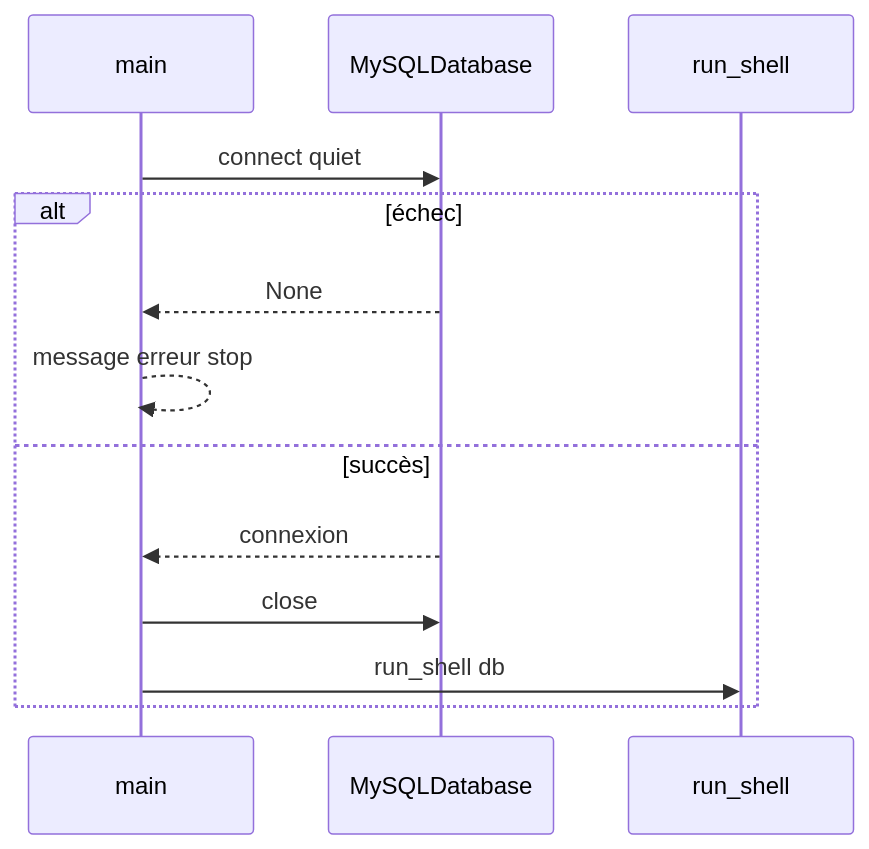
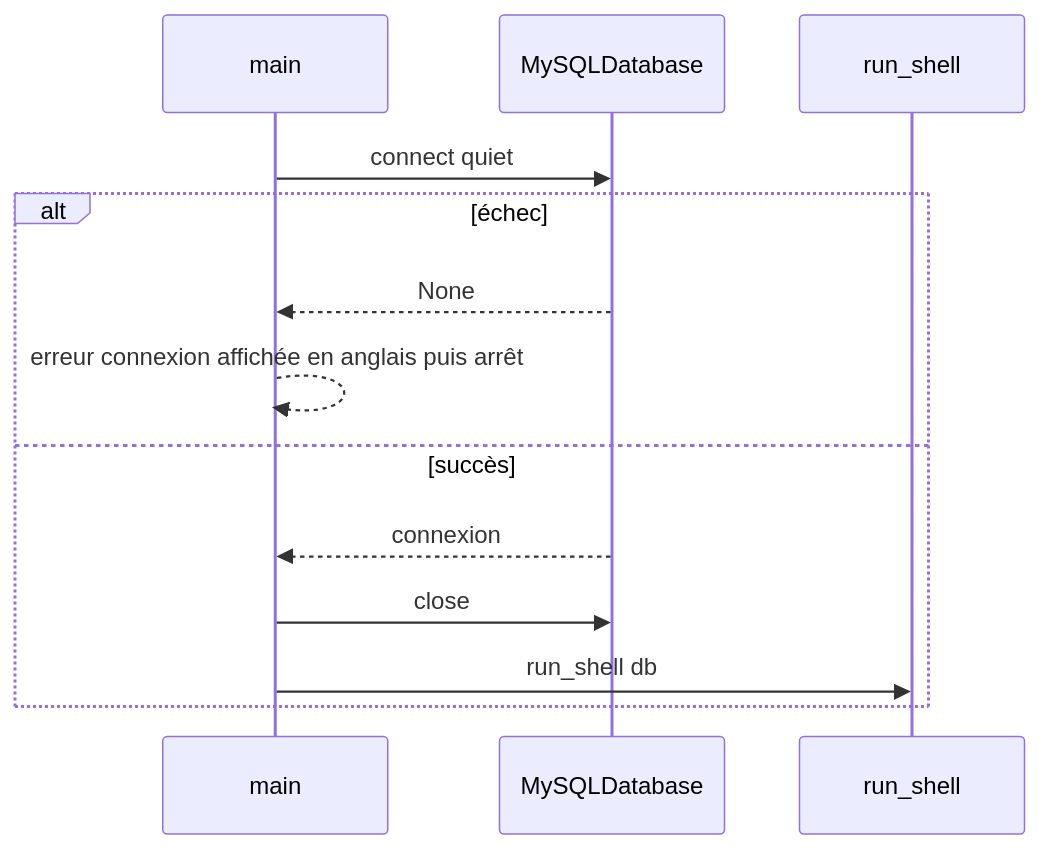
The second of 2 diagrams in docs/application/cli.md (Primica/exampy), drawn with Mermaid before and after one commit. The commit also changed other lines of this file and 8 other files, not shown here.

````diff
--- a/docs/application/cli.md
+++ b/docs/application/cli.md
@@ -29,15 +29,15 @@
 ```mermaid
 sequenceDiagram
   participant CLI as main
   participant DB as MySQLDatabase
   participant SH as run_shell
   CLI->>DB: connect quiet
   alt échec
     DB-->>CLI: None
-    CLI-->>CLI: message erreur stop
+    CLI-->>CLI: erreur connexion affichée en anglais puis arrêt
   else succès
     DB-->>CLI: connexion
     CLI->>DB: close
     CLI->>SH: run_shell db
   end
 ```
````
